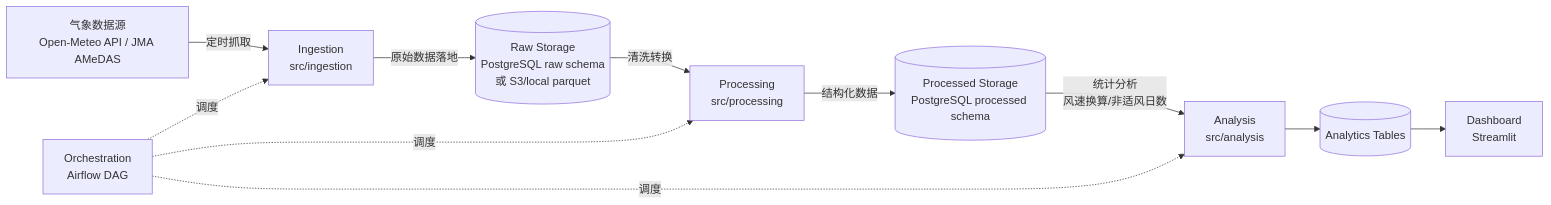
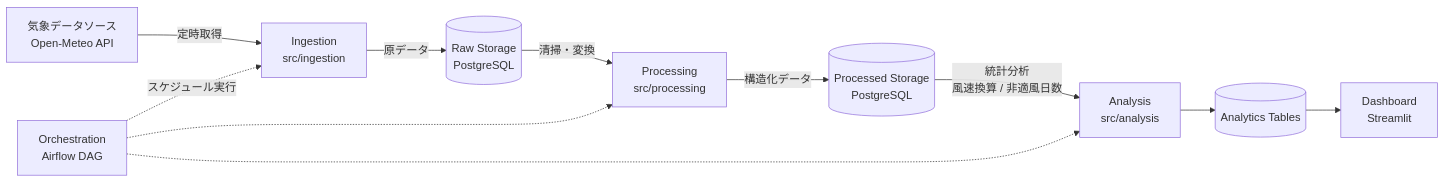
The diagram in README.md (li-yutao-utokyo/Project_1), drawn with Mermaid before and after one commit. The commit also changed other lines of this file and 2 other files, not shown here.

````diff
--- a/README.md
+++ b/README.md
@@ -45,13 +33,13 @@
 ```mermaid
 flowchart LR
-    A[气象数据源\nOpen-Meteo API / JMA AMeDAS] -->|定时抓取| B[Ingestion\nsrc/ingestion]
-    B -->|原始数据落地| C[(Raw Storage\nPostgreSQL raw schema\n或 S3/local parquet)]
-    C -->|清洗转换| D[Processing\nsrc/processing]
-    D -->|结构化数据| E[(Processed Storage\nPostgreSQL processed schema)]
-    E -->|统计分析\n风速换算/非适风日数| F[Analysis\nsrc/analysis]
+    A[気象データソース\nOpen-Meteo API] -->|定時取得| B[Ingestion\nsrc/ingestion]
+    B -->|原データ| C[(Raw Storage\nPostgreSQL)]
+    C -->|清掃・変換| D[Processing\nsrc/processing]
+    D -->|構造化データ| E[(Processed Storage\nPostgreSQL)]
+    E -->|統計分析\n風速換算 / 非適風日数| F[Analysis\nsrc/analysis]
     F --> G[(Analytics Tables)]
     G --> H[Dashboard\nStreamlit]
-    I[Orchestration\nAirflow DAG] -.调度.-> B
-    I -.调度.-> D
-    I -.调度.-> F
+    I[Orchestration\nAirflow DAG] -.スケジュール実行.-> B
+    I -.-> D
+    I -.-> F
 ```
````
